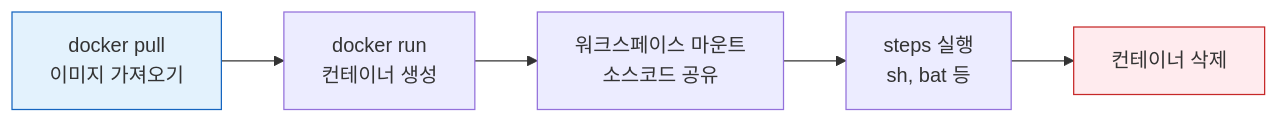
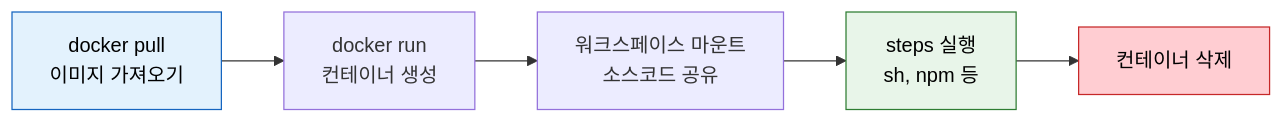
Before and after one commit to scofe97/StduyWrite: the first of 2 diagrams in write/07_devops/02_Jenkins/03_agent/01-02.Docker with Pipeline.md, drawn with Mermaid. The commit also changed other lines of this file and 8 other files, not shown here.

````diff
--- a/write/07_devops/02_Jenkins/03_agent/01-02.Docker with Pipeline.md
+++ b/write/07_devops/02_Jenkins/03_agent/01-02.Docker with Pipeline.md
@@ -22,9 +66,10 @@
 ```mermaid
 flowchart LR
-    A["docker pull<br/>이미지 가져오기"] --> B["docker run<br/>컨테이너 생성"]
-    B --> C["워크스페이스 마운트<br/>소스코드 공유"]
-    C --> D["steps 실행<br/>sh, bat 등"]
+    A["docker pull<br>이미지 가져오기"] --> B["docker run<br>컨테이너 생성"]
+    B --> C["워크스페이스 마운트<br>소스코드 공유"]
+    C --> D["steps 실행<br>sh, npm 등"]
     D --> E["컨테이너 삭제"]
-    style A fill:#e3f2fd,stroke:#1565c0,color:#333
-    style E fill:#ffebee,stroke:#c62828,color:#333
+    style A fill:#e3f2fd,stroke:#1565c0,color:#000
+    style D fill:#e8f5e9,stroke:#2e7d32,color:#000
+    style E fill:#ffcdd2,stroke:#c62828,color:#000
 ```
````
